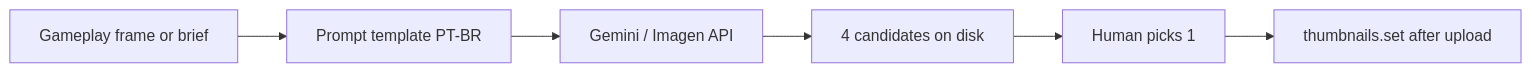
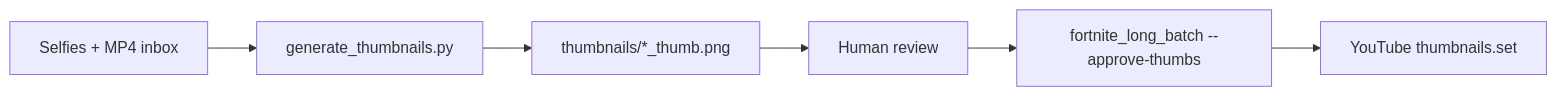
One commit to abobicaduco/abobi-shorts-upload-pipeline changed the diagram in docs/THUMBNAILS.md. Above: the diagram before and after it, drawn with Mermaid. The commit also changed other lines of this file and 8 other files, not shown here.

````diff
--- a/docs/THUMBNAILS.md
+++ b/docs/THUMBNAILS.md
@@ -80,8 +156,8 @@
 ```mermaid
 flowchart LR
-  A[Gameplay frame or brief] --> B[Prompt template PT-BR]
-  B --> C[Gemini / Imagen API]
-  C --> D[4 candidates on disk]
-  D --> E[Human picks 1]
-  E --> F[thumbnails.set after upload]
+  A[Selfies + MP4 inbox] --> B[generate_thumbnails.py]
+  B --> C[thumbnails/*_thumb.png]
+  C --> D[Human review]
+  D --> E[fortnite_long_batch --approve-thumbs]
+  E --> F[YouTube thumbnails.set]
 ```
````
